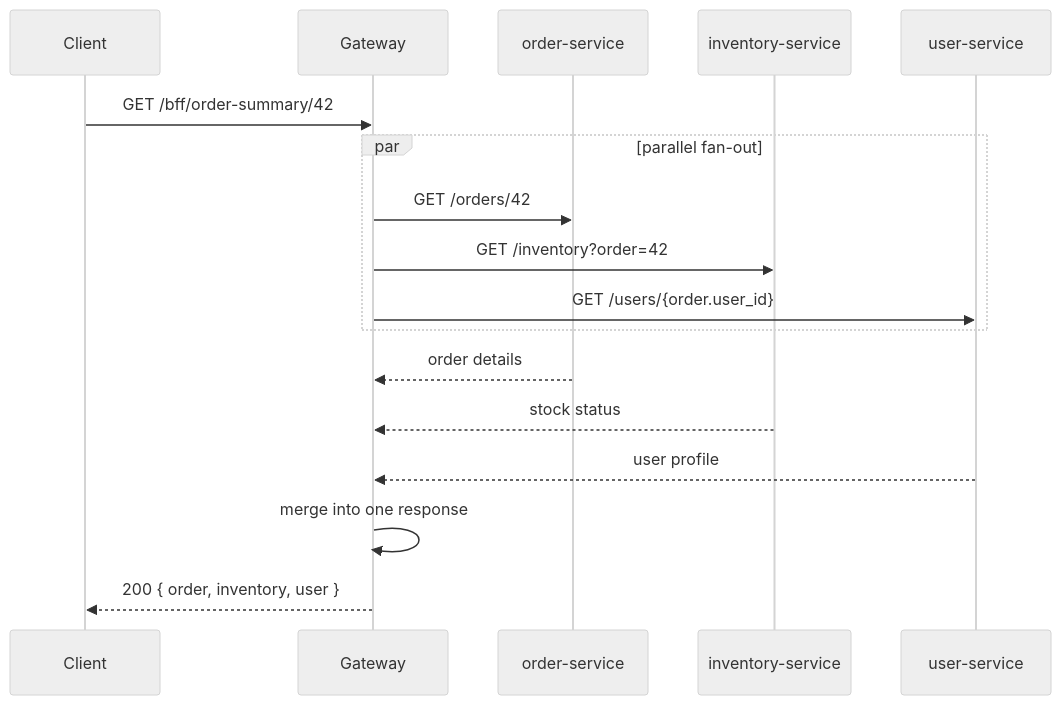
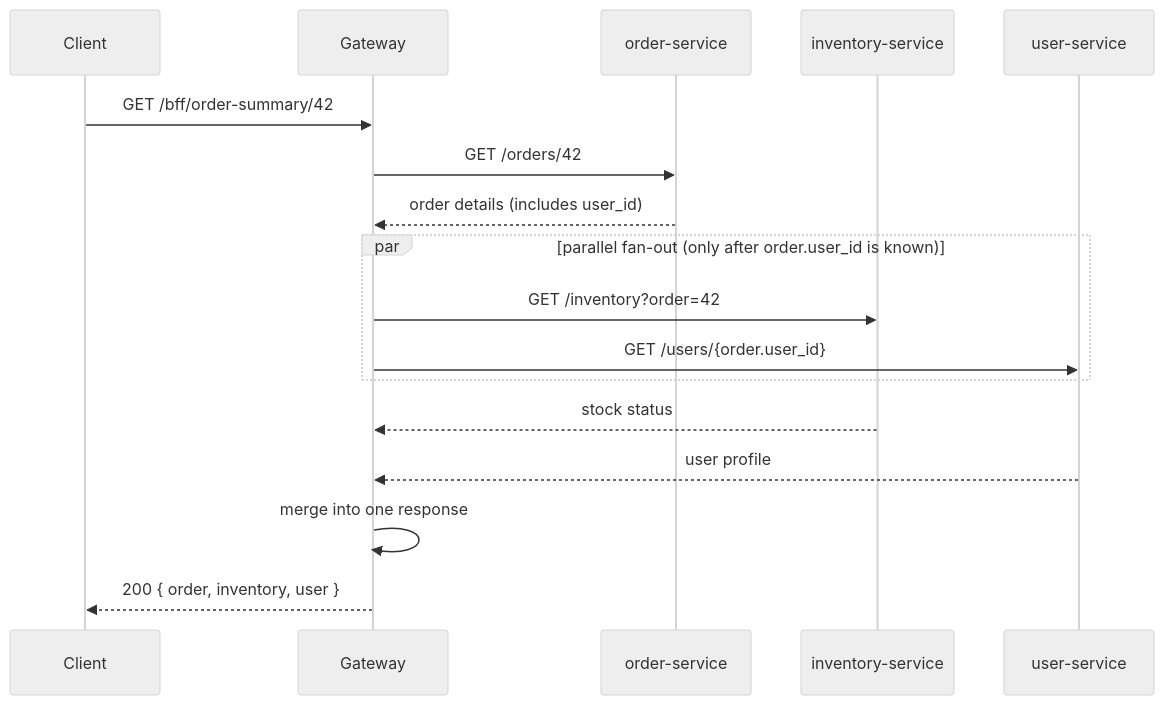
One commit to sanketn26/interview-prep changed the first of 3 diagrams in docs/system-design-exercises/api-gateway.md. Above: the diagram before and after it, drawn with Mermaid (neutral theme). The commit also changed 93 other files, not shown here.

````diff
--- a/docs/system-design-exercises/api-gateway.md
+++ b/docs/system-design-exercises/api-gateway.md
@@ -241,20 +241,20 @@
 ```mermaid
 sequenceDiagram
     participant Client
     participant GW as Gateway
     participant Order as order-service
     participant Inv as inventory-service
     participant User as user-service
 
     Client->>GW: GET /bff/order-summary/42
-    par parallel fan-out
-        GW->>Order: GET /orders/42
+    GW->>Order: GET /orders/42
+    Order-->>GW: order details (includes user_id)
+    par parallel fan-out (only after order.user_id is known)
         GW->>Inv: GET /inventory?order=42
         GW->>User: GET /users/{order.user_id}
     end
-    Order-->>GW: order details
     Inv-->>GW: stock status
     User-->>GW: user profile
     GW->>GW: merge into one response
     GW-->>Client: 200 { order, inventory, user }
 ```
````
